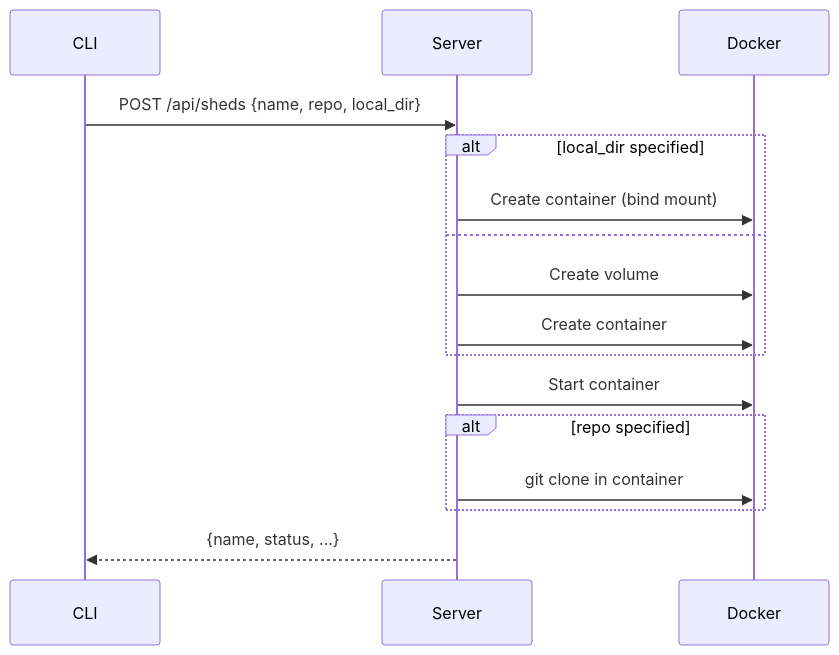
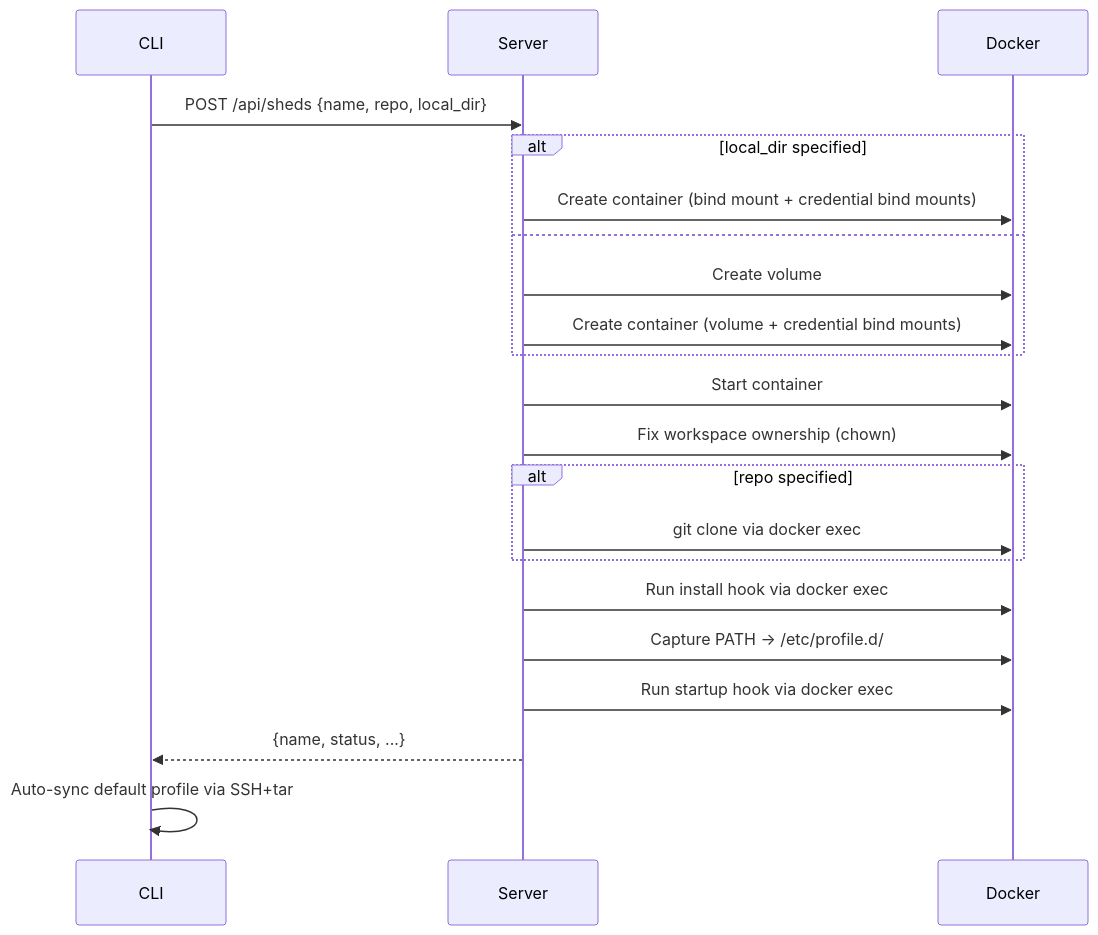
The third of 7 diagrams in docs/development/architecture.md (charliek/shed), drawn with Mermaid before and after one commit. The commit also changed other lines of this file and 3 other files, not shown here.

````diff
--- a/docs/development/architecture.md
+++ b/docs/development/architecture.md
@@ -100,19 +106,24 @@
-```mermaid
-sequenceDiagram
-    participant CLI
-    participant Server
-    participant Docker
+    ```mermaid
+    sequenceDiagram
+        participant CLI
+        participant Server
+        participant Docker
 
-    CLI->>Server: POST /api/sheds {name, repo, local_dir}
-    alt local_dir specified
-        Server->>Docker: Create container (bind mount)
-    else
-        Server->>Docker: Create volume
-        Server->>Docker: Create container
-    end
-    Server->>Docker: Start container
-    alt repo specified
-        Server->>Docker: git clone in container
-    end
-    Server-->>CLI: {name, status, ...}
-```
+        CLI->>Server: POST /api/sheds {name, repo, local_dir}
+        alt local_dir specified
+            Server->>Docker: Create container (bind mount + credential bind mounts)
+        else
+            Server->>Docker: Create volume
+            Server->>Docker: Create container (volume + credential bind mounts)
+        end
+        Server->>Docker: Start container
+        Server->>Docker: Fix workspace ownership (chown)
+        alt repo specified
+            Server->>Docker: git clone via docker exec
+        end
+        Server->>Docker: Run install hook via docker exec
+        Server->>Docker: Capture PATH → /etc/profile.d/
+        Server->>Docker: Run startup hook via docker exec
+        Server-->>CLI: {name, status, ...}
+        CLI->>CLI: Auto-sync default profile via SSH+tar
+    ```
````
